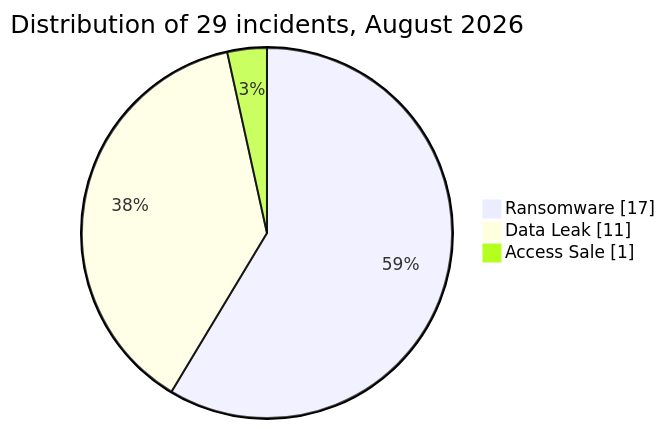
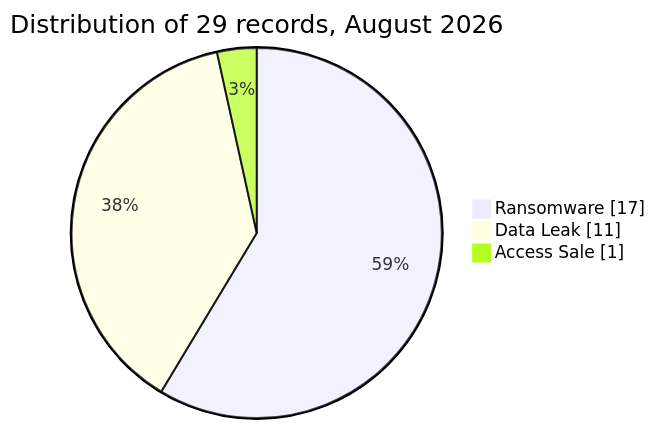
Before and after one commit to Hatchepsoute/AFRINTEL: the diagram in CyberAttackAfrica/2026/08-august/README.md, drawn with Mermaid. The commit also changed other lines of this file and 3 other files, not shown here.

````diff
--- a/CyberAttackAfrica/2026/08-august/README.md
+++ b/CyberAttackAfrica/2026/08-august/README.md
@@ -71,7 +69,7 @@
 ```mermaid
 pie showData
-    title Distribution of 29 incidents, August 2026
+    title Distribution of 29 records, August 2026
     "Ransomware" : 17
     "Data Leak" : 11
     "Access Sale" : 1
 ```
````
